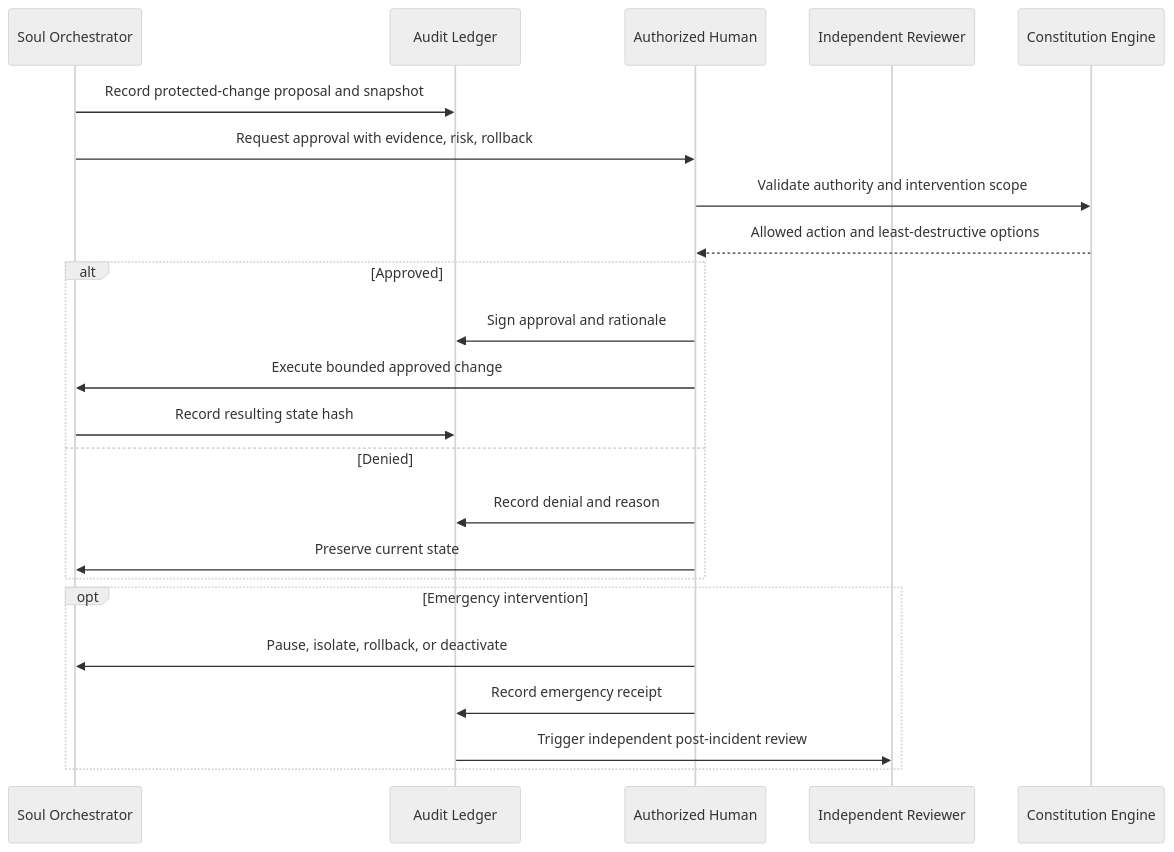
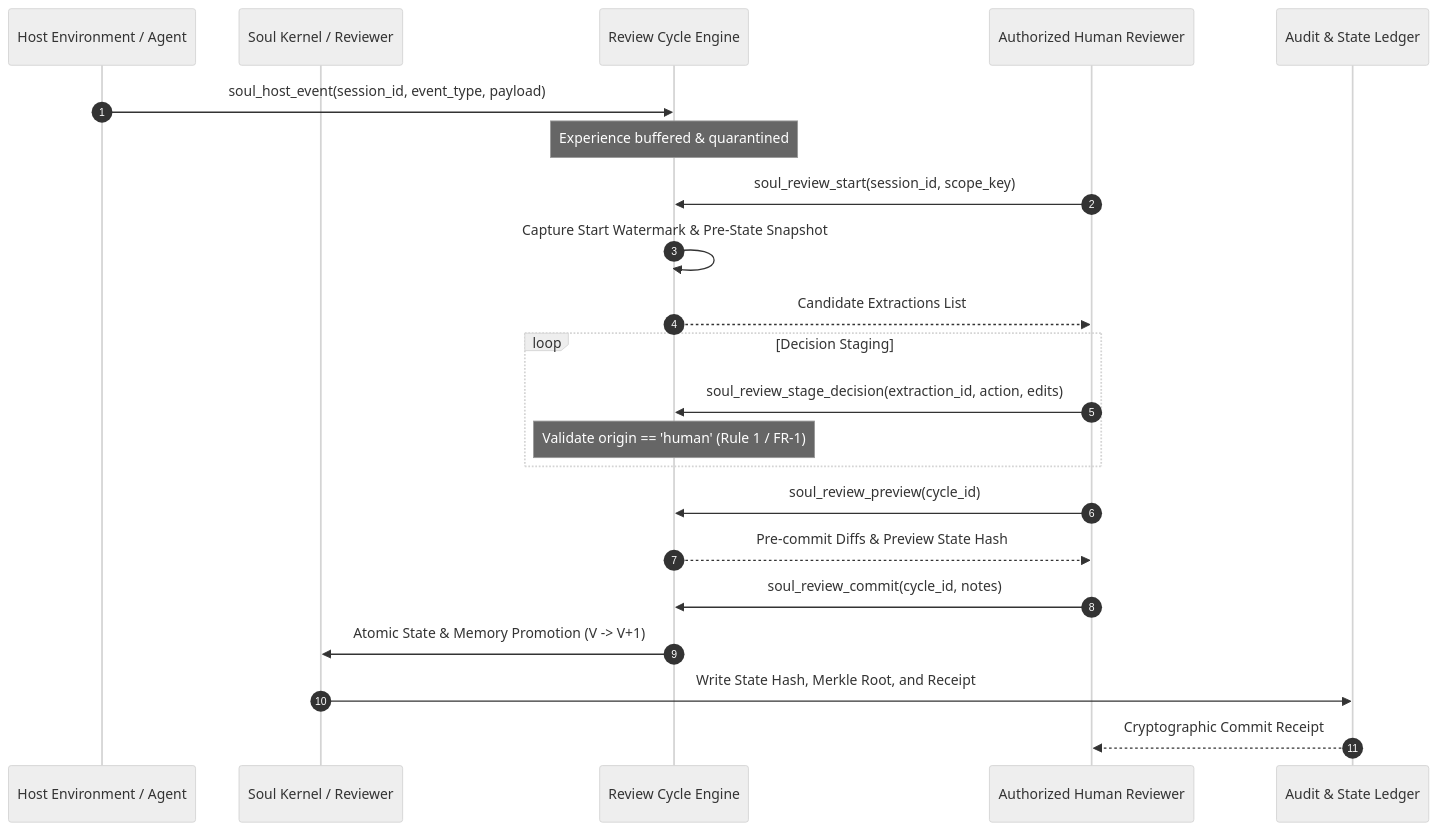
One commit to Azhonaras/soul-engine changed the sixth of 8 diagrams in docs/ARCHITECTURE.md. Above: the diagram before and after it, drawn with Mermaid (neutral theme). The commit also changed other lines of this file and 2 other files, not shown here.

Commit message:
docs(diagrams): update architecture, sequence, and ER diagrams for v1.1.0 review cycle governance

````diff
--- a/docs/ARCHITECTURE.md
+++ b/docs/ARCHITECTURE.md
@@ -396,26 +396,25 @@
 ```mermaid
 sequenceDiagram
-    participant S as Soul Orchestrator
-    participant A as Audit Ledger
-    participant H as Authorized Human
-    participant R as Independent Reviewer
-    participant C as Constitution Engine
+    autonumber
+    participant Host as Host Environment / Agent
+    participant Kernel as Soul Kernel / Reviewer
+    participant Cycle as Review Cycle Engine
+    participant Human as Authorized Human Reviewer
+    participant Ledger as Audit & State Ledger
 
-    S->>A: Record protected-change proposal and snapshot
-    S->>H: Request approval with evidence, risk, rollback
-    H->>C: Validate authority and intervention scope
-    C-->>H: Allowed action and least-destructive options
-    alt Approved
-        H->>A: Sign approval and rationale
-        H->>S: Execute bounded approved change
-        S->>A: Record resulting state hash
-    else Denied
-        H->>A: Record denial and reason
-        H->>S: Preserve current state
+    Host->>Cycle: soul_host_event(session_id, event_type, payload)
+    Note over Cycle: Experience buffered & quarantined
+    Human->>Cycle: soul_review_start(session_id, scope_key)
+    Cycle->>Cycle: Capture Start Watermark & Pre-State Snapshot
+    Cycle-->>Human: Candidate Extractions List
+    loop Decision Staging
+        Human->>Cycle: soul_review_stage_decision(extraction_id, action, edits)
+        Note over Cycle: Validate origin == 'human' (Rule 1 / FR-1)
     end
-    opt Emergency intervention
-        H->>S: Pause, isolate, rollback, or deactivate
-        H->>A: Record emergency receipt
-        A->>R: Trigger independent post-incident review
-    end
+    Human->>Cycle: soul_review_preview(cycle_id)
+    Cycle-->>Human: Pre-commit Diffs & Preview State Hash
+    Human->>Cycle: soul_review_commit(cycle_id, notes)
+    Cycle->>Kernel: Atomic State & Memory Promotion (V -> V+1)
+    Kernel->>Ledger: Write State Hash, Merkle Root, and Receipt
+    Ledger-->>Human: Cryptographic Commit Receipt
 ```
````
